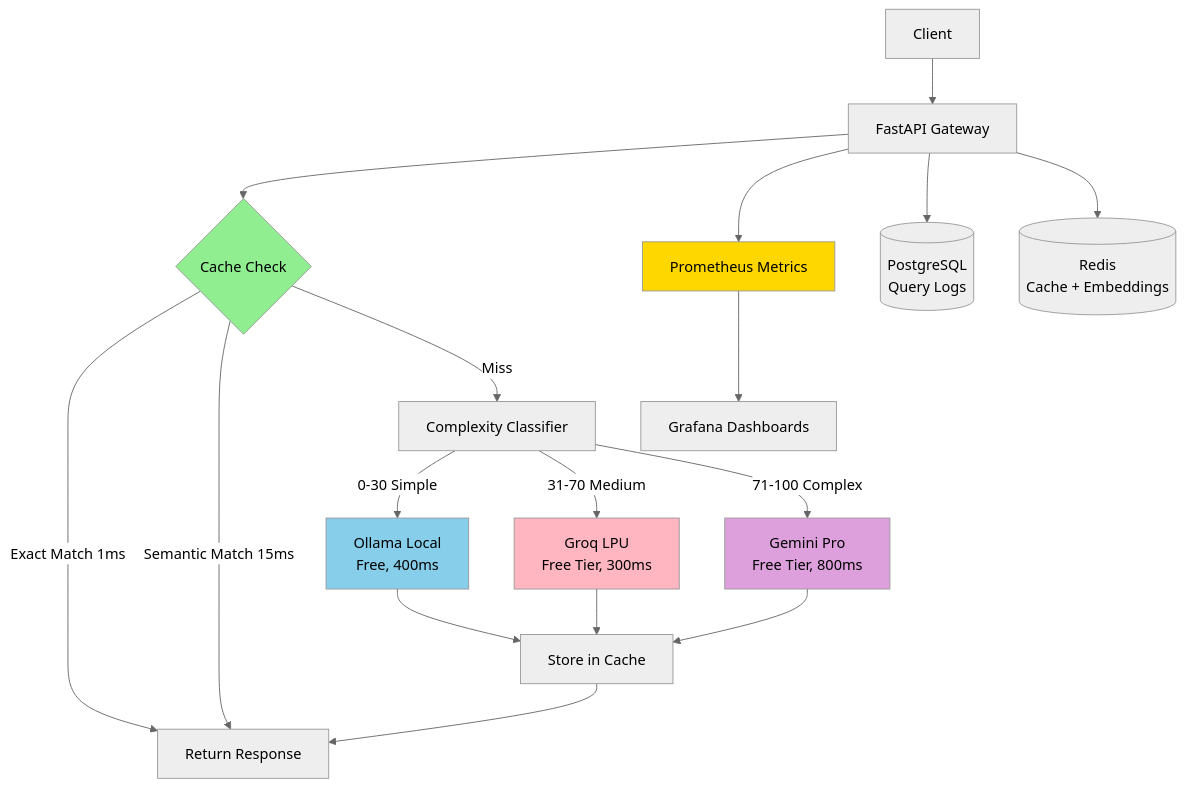
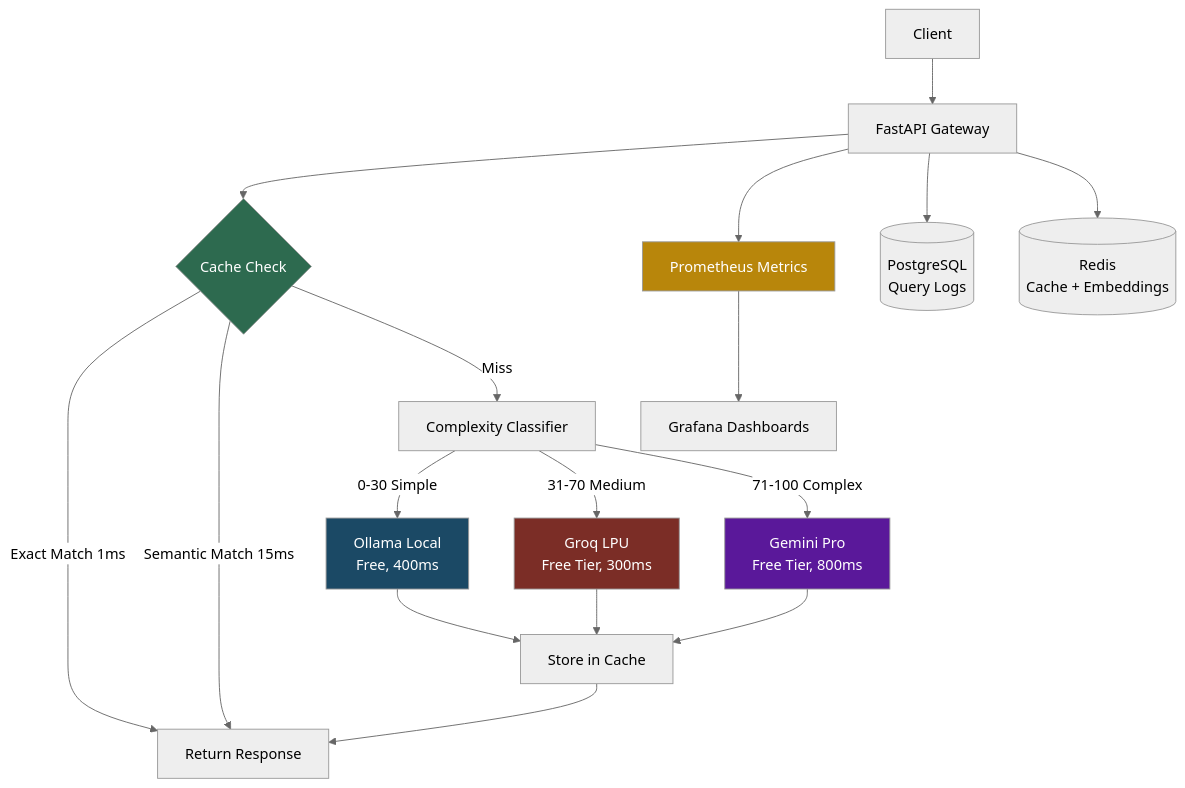
One commit to B-VARUN-REDDY/llmflow changed the diagram in README.md. Above: the diagram before and after it, drawn with Mermaid (neutral theme). The commit also changed 1 other file, not shown here.

Commit message:
fix: Add LICENSE file and fix Mermaid diagram colors for readability

````diff
--- a/README.md
+++ b/README.md
@@ -27,30 +27,30 @@
 ```mermaid
 graph TB
     User[Client] --> Gateway[FastAPI Gateway]
     
     Gateway --> Cache{Cache Check}
     Cache -->|Exact Match 1ms| Return[Return Response]
     Cache -->|Semantic Match 15ms| Return
     Cache -->|Miss| Classifier[Complexity Classifier]
     
     Classifier -->|0-30 Simple| Ollama[Ollama Local<br/>Free, 400ms]
     Classifier -->|31-70 Medium| Groq[Groq LPU<br/>Free Tier, 300ms]
     Classifier -->|71-100 Complex| Gemini[Gemini Pro<br/>Free Tier, 800ms]
     
     Ollama --> Store[Store in Cache]
     Groq --> Store
     Gemini --> Store
     Store --> Return
     
     Gateway --> Metrics[Prometheus Metrics]
     Metrics --> Grafana[Grafana Dashboards]
     
     Gateway --> Postgres[(PostgreSQL<br/>Query Logs)]
     Gateway --> Redis[(Redis<br/>Cache + Embeddings)]
     
-    style Cache fill:#90EE90
-    style Ollama fill:#87CEEB
-    style Groq fill:#FFB6C1
-    style Gemini fill:#DDA0DD
-    style Metrics fill:#FFD700
+    style Cache fill:#2d6a4f,color:#fff
+    style Ollama fill:#1b4965,color:#fff
+    style Groq fill:#7b2d26,color:#fff
+    style Gemini fill:#5a189a,color:#fff
+    style Metrics fill:#b8860b,color:#fff
 ```
````
